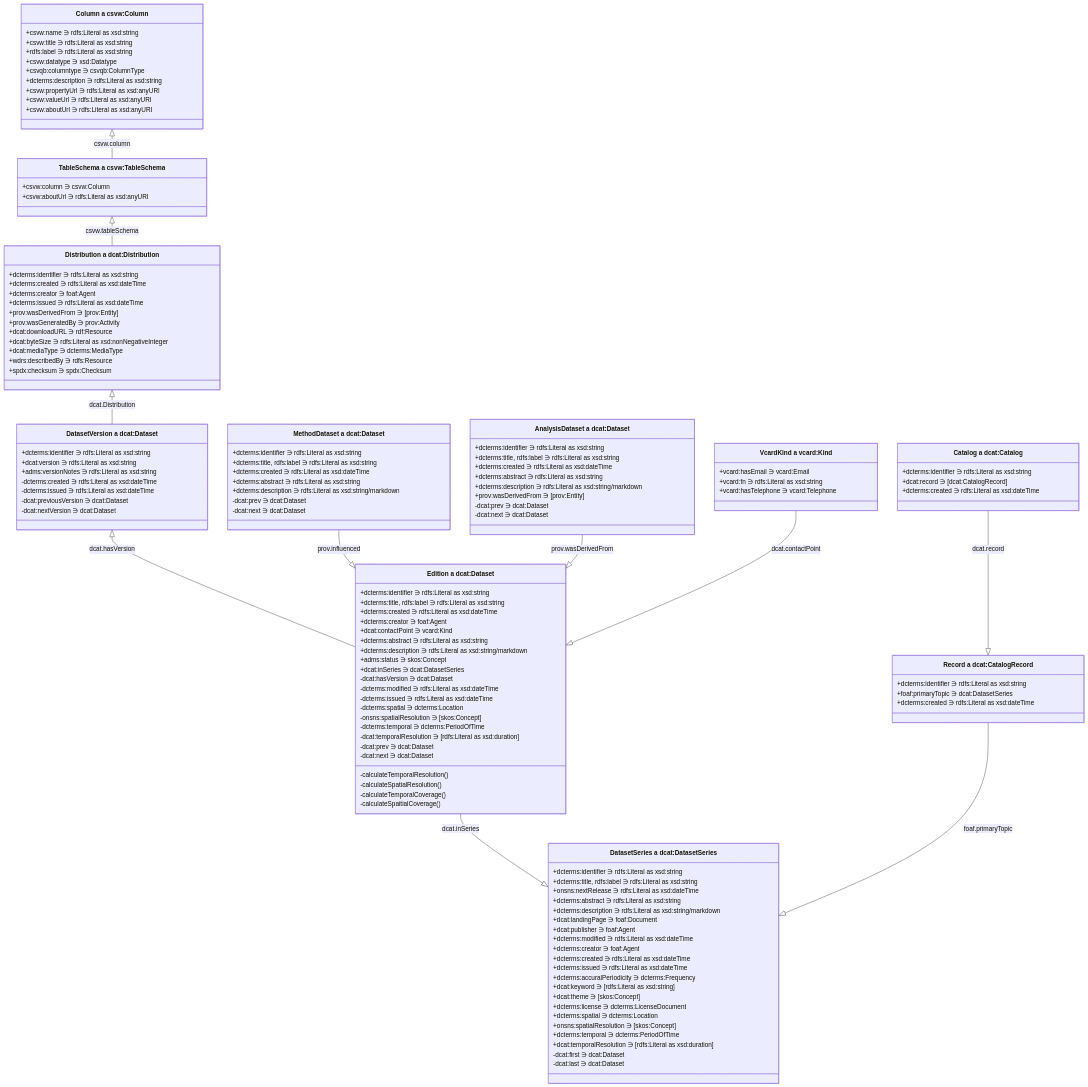
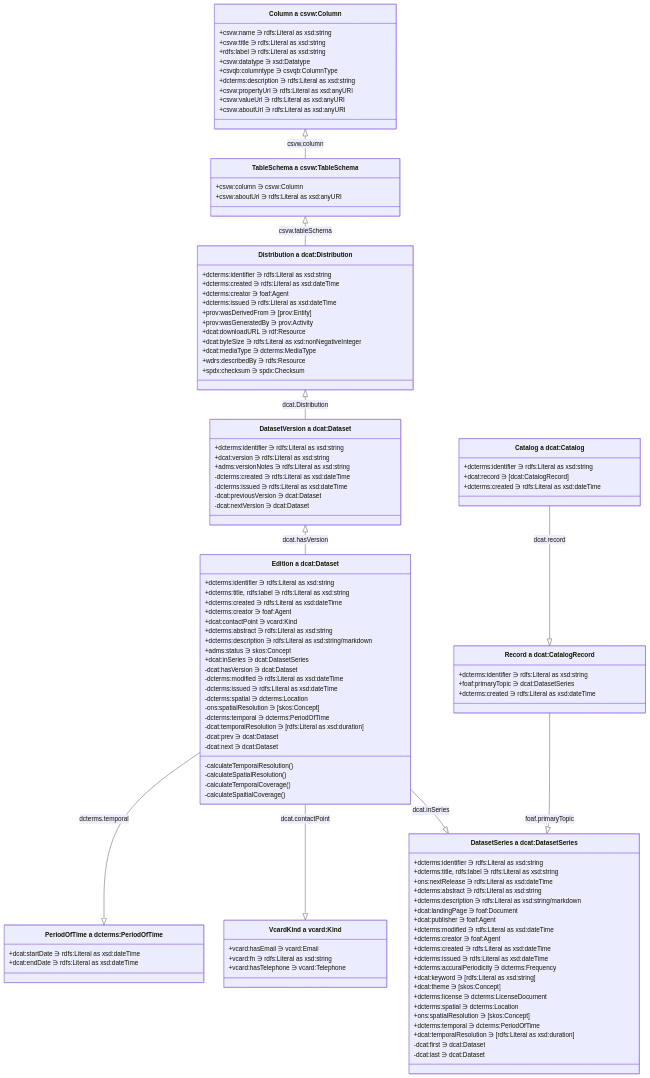
One commit to ONSdigital/application-profile changed the diagram in README.md. Above: the diagram before and after it, drawn with Mermaid. The commit also changed other lines of this file and 1 other file, not shown here.

Commit message:
Minor edits, temporal resolution and coverage change

````diff
--- a/README.md
+++ b/README.md
@@ -115,9 +130,8 @@
 Edition --|> DatasetSeries : dcat.inSeries 
 CatalogRecord --|> DatasetSeries : foaf.primaryTopic
 Catalog --|> CatalogRecord : dcat.record
-MethodDataset --|> Edition : prov.influenced
-AnalysisDataset --|> Edition : prov.wasDerivedFrom
-VcardKind --|> Edition : dcat.contactPoint
+Edition --|> VcardKind : dcat.contactPoint
+Edition --|> PeriodOfTime : dcterms.temporal
 TableSchema <|-- Distribution : csvw.tableSchema
 Column <|-- TableSchema : csvw.column
 
@@ -164,7 +178,7 @@
     -dcterms:modified ∋ rdfs:Literal as xsd:dateTime
     -dcterms:issued ∋ rdfs:Literal as xsd:dateTime
     -dcterms:spatial ∋ dcterms:Location
-    -onsns:spatialResolution ∋ [skos:Concept]
+    -ons:spatialResolution ∋ [skos:Concept]
     -dcterms:temporal ∋ dcterms:PeriodOfTime
     -dcat:temporalResolution ∋ [rdfs:Literal as xsd:duration]
     -dcat:prev ∋ dcat:Dataset
@@ -179,6 +193,11 @@
     +vcard:hasEmail ∋ vcard:Email
     +vcard:fn ∋ rdfs:Literal as xsd:string
     +vcard:hasTelephone ∋ vcard:Telephone
+}
+
+class PeriodOfTime["PeriodOfTime a dcterms:PeriodOfTime"] {
+    +dcat:startDate ∋ rdfs:Literal as xsd:dateTime
+    +dcat:endDate ∋ rdfs:Literal as xsd:dateTime
 }
 
 class Distribution["Distribution a dcat:Distribution"] {
@@ -208,7 +227,7 @@
 class DatasetSeries["DatasetSeries a dcat:DatasetSeries"] {
     +dcterms:identifier ∋ rdfs:Literal as xsd:string
     +dcterms:title, rdfs:label ∋ rdfs:Literal as xsd:string
-    +onsns:nextRelease ∋ rdfs:Literal as xsd:dateTime
+    +ons:nextRelease ∋ rdfs:Literal as xsd:dateTime
     +dcterms:abstract ∋ rdfs:Literal as xsd:string
     +dcterms:description ∋ rdfs:Literal as xsd:string/markdown
     +dcat:landingPage ∋ foaf:Document
@@ -222,31 +241,11 @@
     +dcat:theme ∋ [skos:Concept]
     +dcterms:license ∋ dcterms:LicenseDocument
     +dcterms:spatial ∋ dcterms:Location
-    +onsns:spatialResolution ∋ [skos:Concept]
+    +ons:spatialResolution ∋ [skos:Concept]
     +dcterms:temporal ∋ dcterms:PeriodOfTime
     +dcat:temporalResolution ∋ [rdfs:Literal as xsd:duration]
     -dcat:first ∋ dcat:Dataset
     -dcat:last ∋ dcat:Dataset
 }
 
-class MethodDataset["MethodDataset a dcat:Dataset"]{
-    +dcterms:identifier ∋ rdfs:Literal as xsd:string
-    +dcterms:title, rdfs:label ∋ rdfs:Literal as xsd:string
-    +dcterms:created ∋ rdfs:Literal as xsd:dateTime
-    +dcterms:abstract ∋ rdfs:Literal as xsd:string
-    +dcterms:description ∋ rdfs:Literal as xsd:string/markdown
-    -dcat:prev ∋ dcat:Dataset
-    -dcat:next ∋ dcat:Dataset
-}
-
-class AnalysisDataset["AnalysisDataset a dcat:Dataset"] {
-    +dcterms:identifier ∋ rdfs:Literal as xsd:string
-    +dcterms:title, rdfs:label ∋ rdfs:Literal as xsd:string
-    +dcterms:created ∋ rdfs:Literal as xsd:dateTime
-    +dcterms:abstract ∋ rdfs:Literal as xsd:string
-    +dcterms:description ∋ rdfs:Literal as xsd:string/markdown
-    +prov:wasDerivedFrom ∋ [prov:Entity]
-    -dcat:prev ∋ dcat:Dataset
-    -dcat:next ∋ dcat:Dataset
-}
 ```
````
